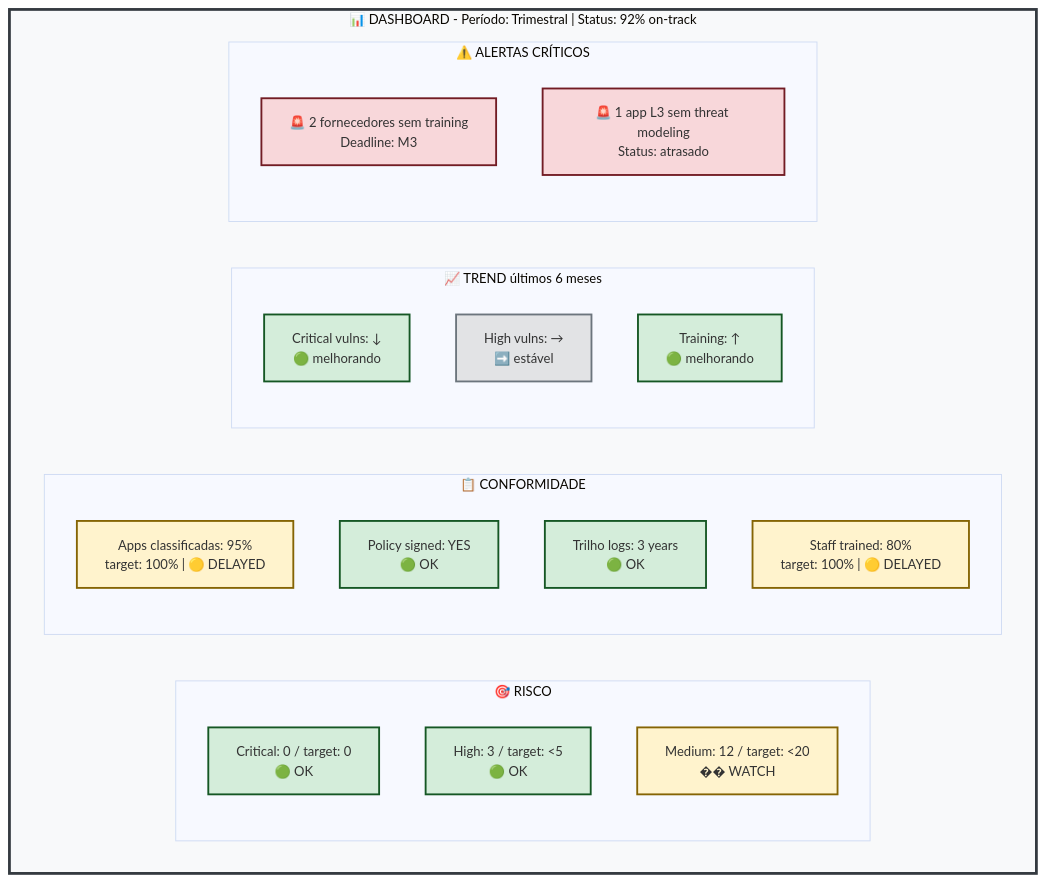
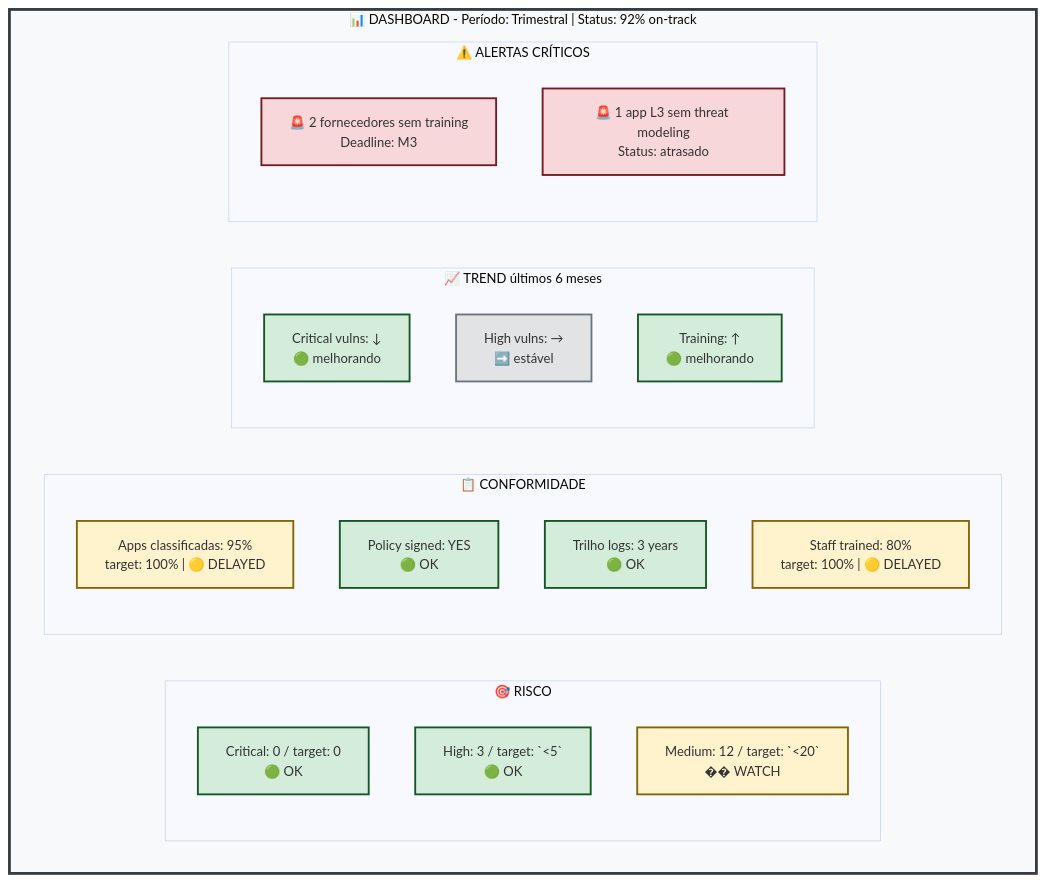
One commit to Shiftleftpt/SbD-ToE-Manual changed the third of 3 diagrams in manuals_src/docs/sbd-toe/002-cross-check-normativo/exemplo-playbook/02-exemplo-kpis-targets.md. Above: the diagram before and after it, drawn with Mermaid. The commit also changed other lines of this file and 118 other files, not shown here.

````diff
--- a/manuals_src/docs/sbd-toe/002-cross-check-normativo/exemplo-playbook/02-exemplo-kpis-targets.md
+++ b/manuals_src/docs/sbd-toe/002-cross-check-normativo/exemplo-playbook/02-exemplo-kpis-targets.md
@@ -269,43 +269,43 @@
 ```mermaid
 %%{init: {'theme':'base', 'themeVariables': { 'fontSize':'14px'}}}%%
 graph TB
     subgraph DASH["📊 DASHBOARD - Período: Trimestral | Status: 92% on-track"]
         subgraph RISK["🎯 RISCO"]
             R1["Critical: 0 / target: 0<br/>🟢 OK"]
-            R2["High: 3 / target: <5<br/>🟢 OK"]
-            R3["Medium: 12 / target: <20<br/>�� WATCH"]
+            R2["High: 3 / target: `<5`<br/>🟢 OK"]
+            R3["Medium: 12 / target: `<20`<br/>�� WATCH"]
         end
         
         subgraph COMP["📋 CONFORMIDADE"]
             C1["Apps classificadas: 95%<br/>target: 100% | 🟡 DELAYED"]
             C2["Policy signed: YES<br/>🟢 OK"]
             C3["Trilho logs: 3 years<br/>🟢 OK"]
             C4["Staff trained: 80%<br/>target: 100% | 🟡 DELAYED"]
         end
         
         subgraph TREND["📈 TREND últimos 6 meses"]
             T1["Critical vulns: ↓<br/>🟢 melhorando"]
             T2["High vulns: →<br/>➡️ estável"]
             T3["Training: ↑<br/>🟢 melhorando"]
         end
         
         subgraph ALERT["⚠️ ALERTAS CRÍTICOS"]
             A1["🚨 2 fornecedores sem training<br/>Deadline: M3"]
             A2["🚨 1 app L3 sem threat modeling<br/>Status: atrasado"]
         end
     end
     
     style R1 fill:#d4edda,stroke:#155724,stroke-width:2px
     style R2 fill:#d4edda,stroke:#155724,stroke-width:2px
     style R3 fill:#fff3cd,stroke:#856404,stroke-width:2px
     style C1 fill:#fff3cd,stroke:#856404,stroke-width:2px
     style C2 fill:#d4edda,stroke:#155724,stroke-width:2px
     style C3 fill:#d4edda,stroke:#155724,stroke-width:2px
     style C4 fill:#fff3cd,stroke:#856404,stroke-width:2px
     style T1 fill:#d4edda,stroke:#155724,stroke-width:2px
     style T2 fill:#e2e3e5,stroke:#6c757d,stroke-width:2px
     style T3 fill:#d4edda,stroke:#155724,stroke-width:2px
     style A1 fill:#f8d7da,stroke:#721c24,stroke-width:2px
     style A2 fill:#f8d7da,stroke:#721c24,stroke-width:2px
     style DASH fill:#f8f9fa,stroke:#343a40,stroke-width:3px
 ```
````
